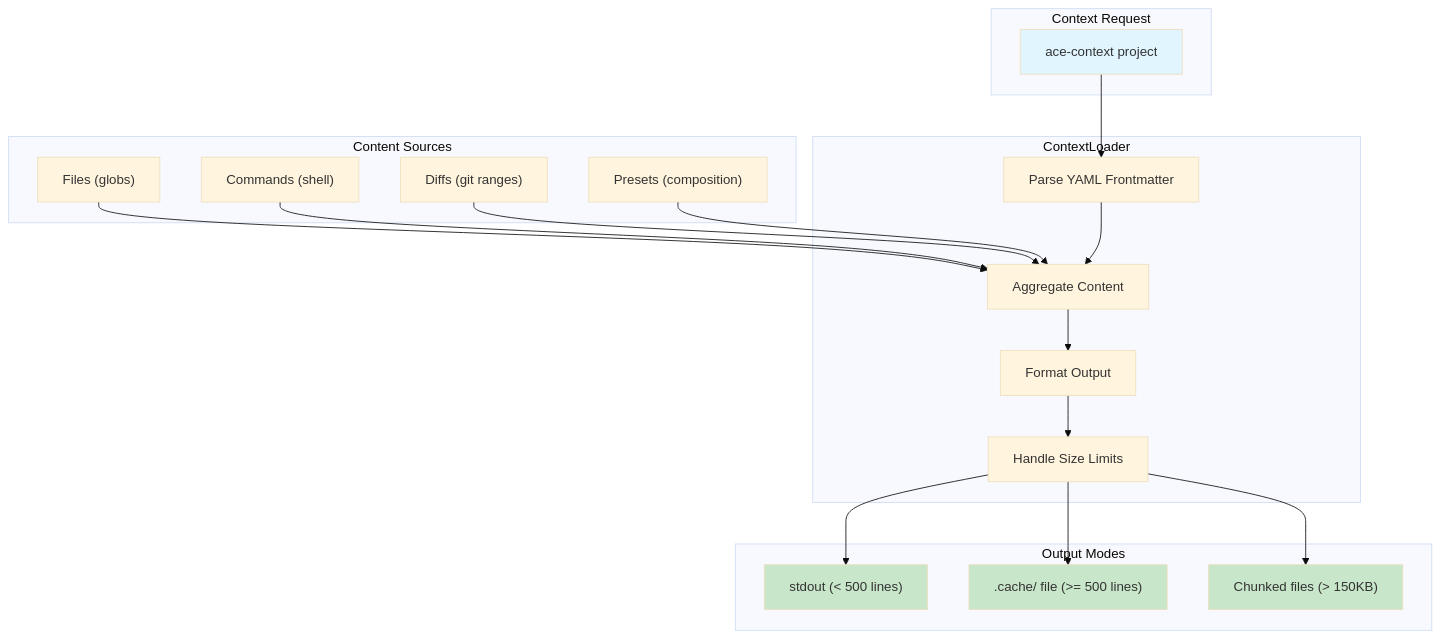
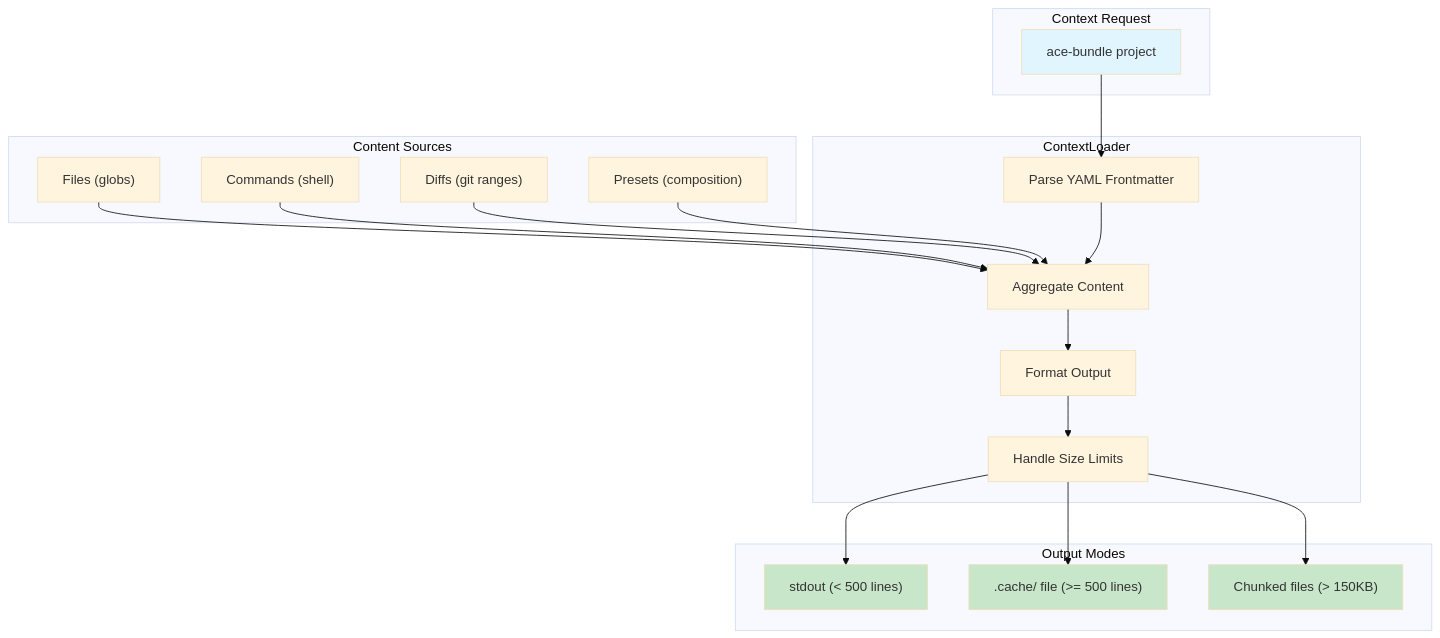
One commit to cs3b/ace changed the sixth of 7 diagrams in docs/vision.md. Above: the diagram before and after it, drawn with Mermaid (base theme). The commit also changed other lines of this file and 30 other files, not shown here.

First line of the commit message:
docs(monorepo): Update documentation and configuration for ace-bundle

````diff
--- a/docs/vision.md
+++ b/docs/vision.md
@@ -447,41 +447,41 @@
 ```mermaid
 flowchart TD
     subgraph Input["Context Request"]
-        A["ace-context project"]
+        A["ace-bundle project"]
     end
 
     subgraph Sources["Content Sources"]
         B1["Files (globs)"]
         B2["Commands (shell)"]
         B3["Diffs (git ranges)"]
         B4["Presets (composition)"]
     end
 
     subgraph Processing["ContextLoader"]
         C1["Parse YAML Frontmatter"]
         C2["Aggregate Content"]
         C3["Format Output"]
         C4["Handle Size Limits"]
     end
 
     subgraph Output["Output Modes"]
         D1["stdout (< 500 lines)"]
         D2[".cache/ file (>= 500 lines)"]
         D3["Chunked files (> 150KB)"]
     end
 
     A --> C1
     B1 --> C2
     B2 --> C2
     B3 --> C2
     B4 --> C2
     C1 --> C2 --> C3 --> C4
     C4 --> D1
     C4 --> D2
     C4 --> D3
 
     style A fill:#e1f5fe
     style D1 fill:#c8e6c9
     style D2 fill:#c8e6c9
     style D3 fill:#c8e6c9
 ```
````
